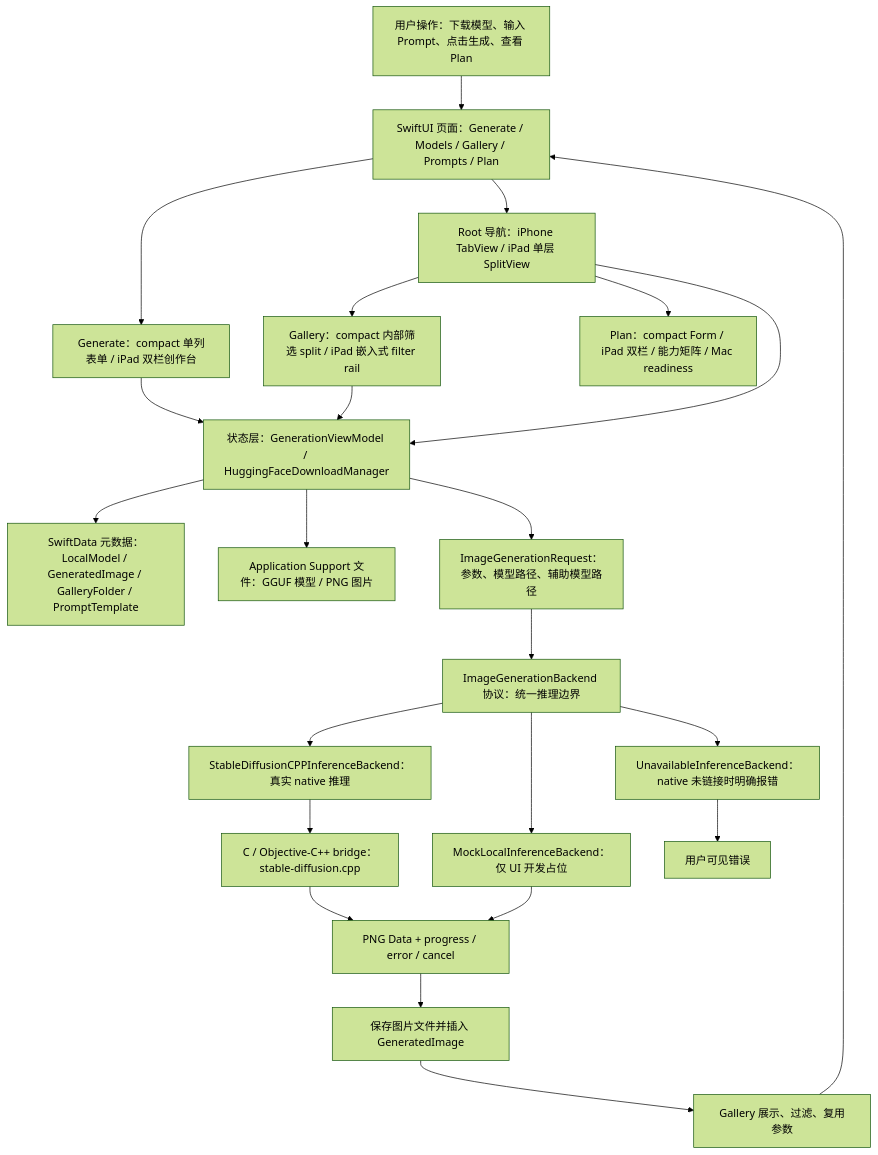
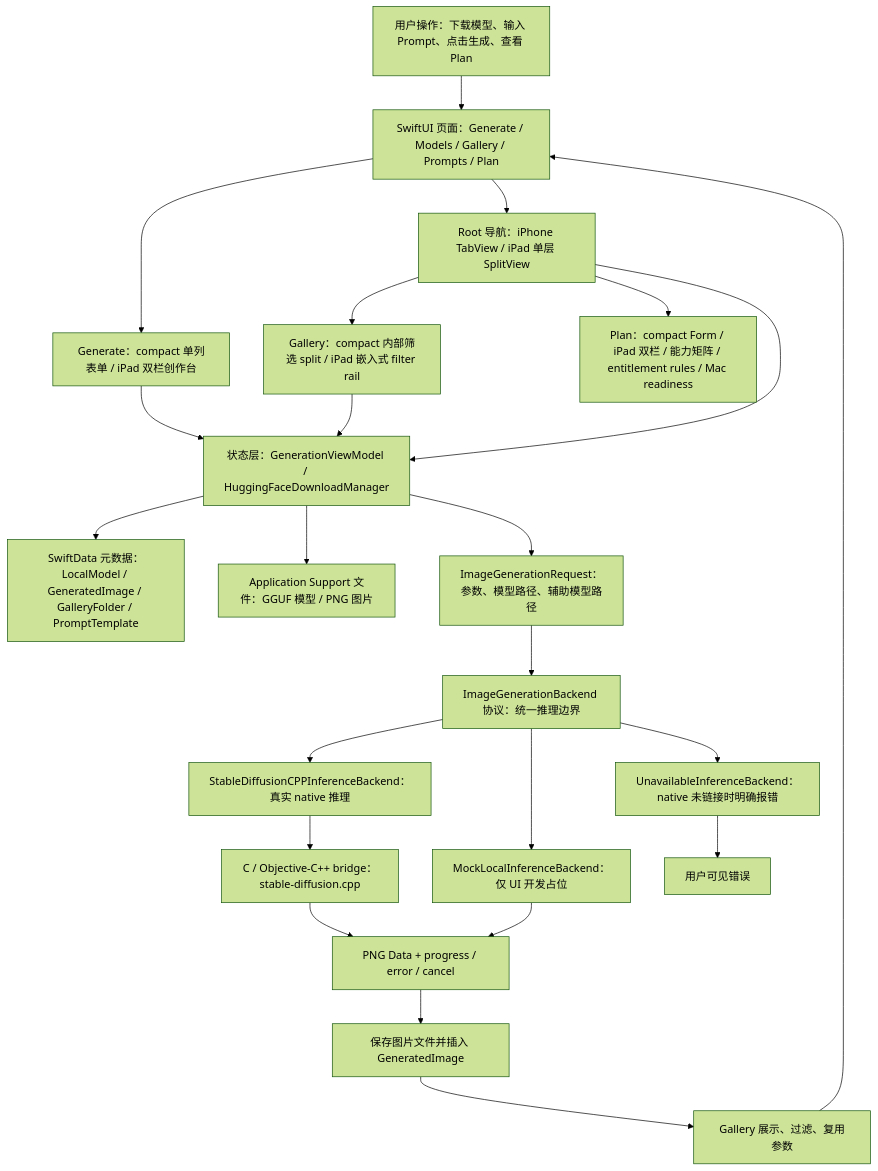
The first of 7 diagrams in md/flow/flowchart.md (Altman-sam114/118), drawn with Mermaid (forest theme) before and after one commit. The commit also changed 5 other files, not shown here.

````diff
--- a/md/flow/flowchart.md
+++ b/md/flow/flowchart.md
@@ -9,25 +9,25 @@
 ```mermaid
 flowchart TD
   U["用户操作：下载模型、输入 Prompt、点击生成、查看 Plan"] --> UI["SwiftUI 页面：Generate / Models / Gallery / Prompts / Plan"]
   UI --> GENUI["Generate：compact 单列表单 / iPad 双栏创作台"]
   UI --> NAV["Root 导航：iPhone TabView / iPad 单层 SplitView"]
   NAV --> GALUI["Gallery：compact 内部筛选 split / iPad 嵌入式 filter rail"]
-  NAV --> PLANUI["Plan：compact Form / iPad 双栏 / 能力矩阵 / Mac readiness"]
+  NAV --> PLANUI["Plan：compact Form / iPad 双栏 / 能力矩阵 / entitlement rules / Mac readiness"]
   NAV --> VM["状态层：GenerationViewModel / HuggingFaceDownloadManager"]
   GENUI --> VM
   GALUI --> VM
   VM --> SD["SwiftData 元数据：LocalModel / GeneratedImage / GalleryFolder / PromptTemplate"]
   VM --> FS["Application Support 文件：GGUF 模型 / PNG 图片"]
   VM --> REQ["ImageGenerationRequest：参数、模型路径、辅助模型路径"]
   REQ --> IFACE["ImageGenerationBackend 协议：统一推理边界"]
   IFACE --> NATIVE["StableDiffusionCPPInferenceBackend：真实 native 推理"]
   IFACE --> MOCK["MockLocalInferenceBackend：仅 UI 开发占位"]
   IFACE --> OFF["UnavailableInferenceBackend：native 未链接时明确报错"]
   NATIVE --> BRIDGE["C / Objective-C++ bridge：stable-diffusion.cpp"]
   BRIDGE --> PNG["PNG Data + progress / error / cancel"]
   MOCK --> PNG
   OFF --> ERR["用户可见错误"]
   PNG --> SAVE["保存图片文件并插入 GeneratedImage"]
   SAVE --> GALLERY["Gallery 展示、过滤、复用参数"]
   GALLERY --> UI
 ```
````
